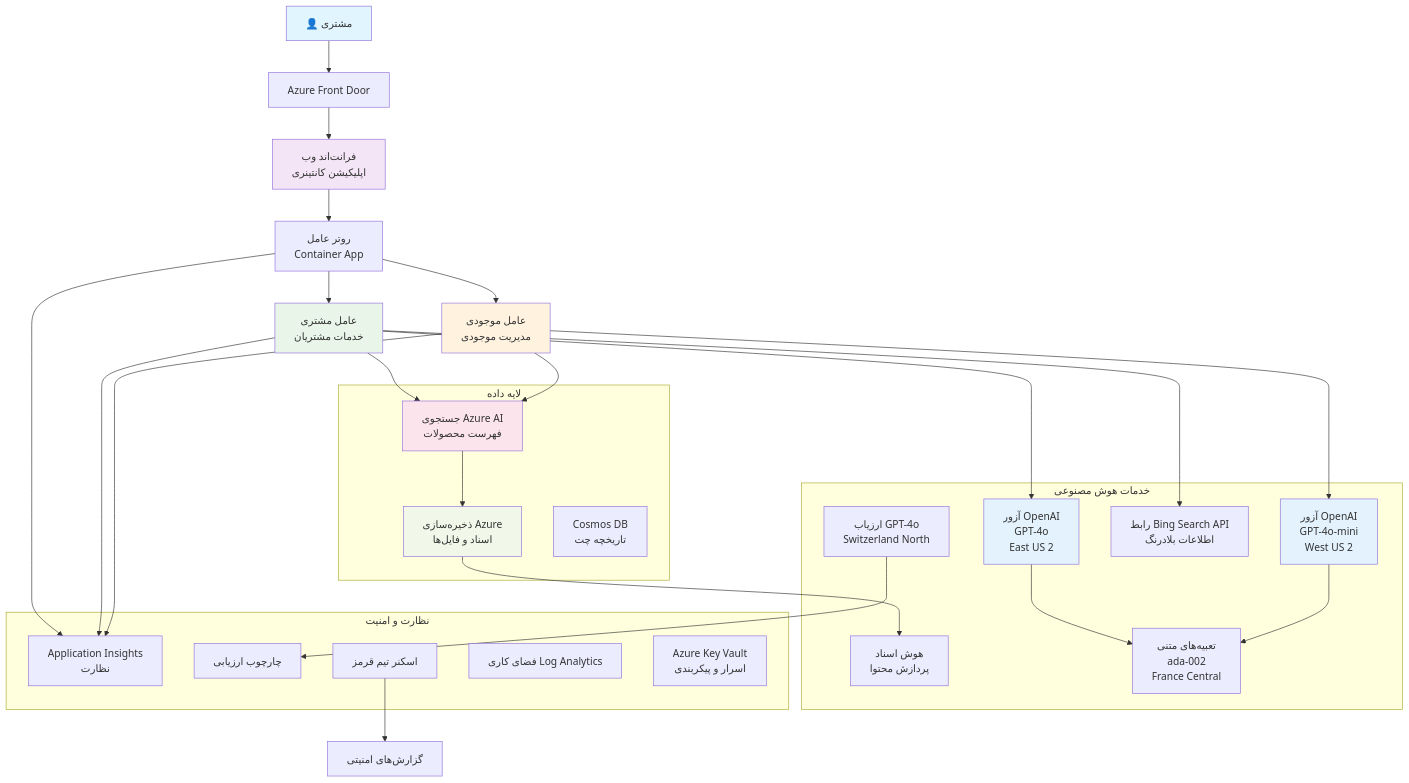
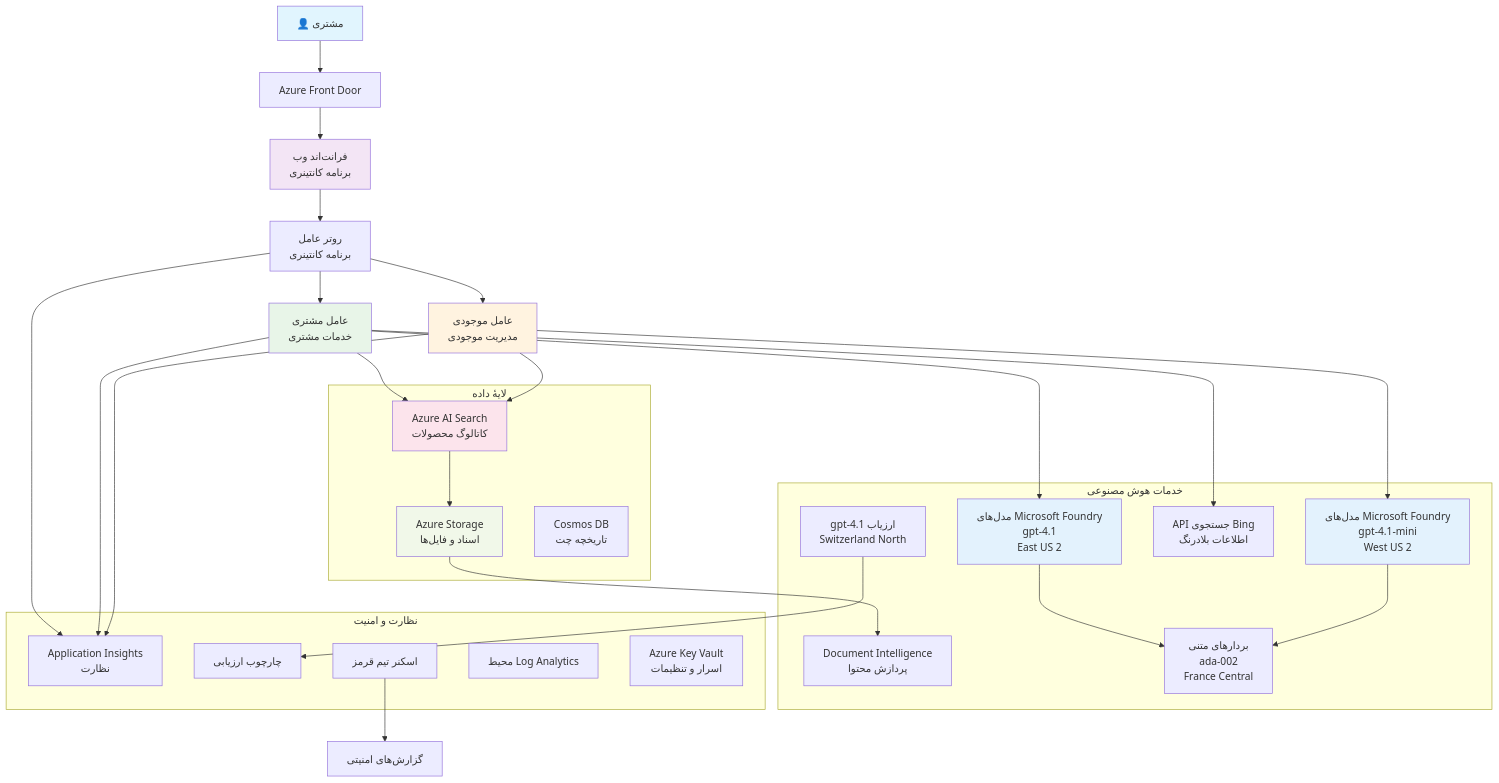
The diagram in translations/fa/examples/retail-scenario.md (microsoft/AZD-for-beginners), drawn with Mermaid before and after one commit. The commit also changed other lines of this file and 101 other files, not shown here.

````diff
--- a/translations/fa/examples/retail-scenario.md
+++ b/translations/fa/examples/retail-scenario.md
@@ -139,61 +139,61 @@
 ```mermaid
 graph TB
     User[👤 مشتری] --> LB[Azure Front Door]
-    LB --> WebApp[فرانت‌اند وب<br/>اپلیکیشن کانتینری]
+    LB --> WebApp[فرانت‌اند وب<br/>برنامه کانتینری]
     
-    WebApp --> Router[روتر عامل<br/>Container App]
-    Router --> CustomerAgent[عامل مشتری<br/>خدمات مشتریان]
+    WebApp --> Router[روتر عامل<br/>برنامه کانتینری]
+    Router --> CustomerAgent[عامل مشتری<br/>خدمات مشتری]
     Router --> InvAgent[عامل موجودی<br/>مدیریت موجودی]
     
-    CustomerAgent --> OpenAI1[آزور OpenAI<br/>GPT-4o<br/>East US 2]
-    InvAgent --> OpenAI2[آزور OpenAI<br/>GPT-4o-mini<br/>West US 2]
+    CustomerAgent --> OpenAI1[مدل‌های Microsoft Foundry<br/>gpt-4.1<br/>East US 2]
+    InvAgent --> OpenAI2[مدل‌های Microsoft Foundry<br/>gpt-4.1-mini<br/>West US 2]
     
-    CustomerAgent --> AISearch[جستجوی Azure AI<br/>فهرست محصولات]
-    CustomerAgent --> BingSearch[رابط Bing Search API<br/>اطلاعات بلادرنگ]
+    CustomerAgent --> AISearch[Azure AI Search<br/>کاتالوگ محصولات]
+    CustomerAgent --> BingSearch[API جستجوی Bing<br/>اطلاعات بلادرنگ]
     InvAgent --> AISearch
     
-    AISearch --> Storage[ذخیره‌سازی Azure<br/>اسناد و فایل‌ها]
-    Storage --> DocIntel[هوش اسناد<br/>پردازش محتوا]
+    AISearch --> Storage[Azure Storage<br/>اسناد و فایل‌ها]
+    Storage --> DocIntel[Document Intelligence<br/>پردازش محتوا]
     
-    OpenAI1 --> Embeddings[تعبیه‌های متنی<br/>ada-002<br/>France Central]
+    OpenAI1 --> Embeddings[بردارهای متنی<br/>ada-002<br/>France Central]
     OpenAI2 --> Embeddings
     
     Router --> AppInsights[Application Insights<br/>نظارت]
     CustomerAgent --> AppInsights
     InvAgent --> AppInsights
     
-    GraderModel[ارزیاب GPT-4o<br/>Switzerland North] --> Evaluation[چارچوب ارزیابی]
+    GraderModel[gpt-4.1 ارزیاب<br/>Switzerland North] --> Evaluation[چارچوب ارزیابی]
     RedTeam[اسکنر تیم قرمز] --> SecurityReports[گزارش‌های امنیتی]
     
-    subgraph "لایه داده"
+    subgraph "لایهٔ داده"
         Storage
         AISearch
         CosmosDB[Cosmos DB<br/>تاریخچه چت]
     end
     
     subgraph "خدمات هوش مصنوعی"
         OpenAI1
         OpenAI2
         Embeddings
         GraderModel
         DocIntel
         BingSearch
     end
     
     subgraph "نظارت و امنیت"
         AppInsights
-        LogAnalytics[فضای کاری Log Analytics]
-        KeyVault[Azure Key Vault<br/>اسرار و پیکربندی]
+        LogAnalytics[محیط Log Analytics]
+        KeyVault[Azure Key Vault<br/>اسرار و تنظیمات]
         RedTeam
         Evaluation
     end
     
     style User fill:#e1f5fe
     style WebApp fill:#f3e5f5
     style CustomerAgent fill:#e8f5e8
     style InvAgent fill:#fff3e0
     style OpenAI1 fill:#e3f2fd
     style OpenAI2 fill:#e3f2fd
     style AISearch fill:#fce4ec
     style Storage fill:#f1f8e9
 ```
````
